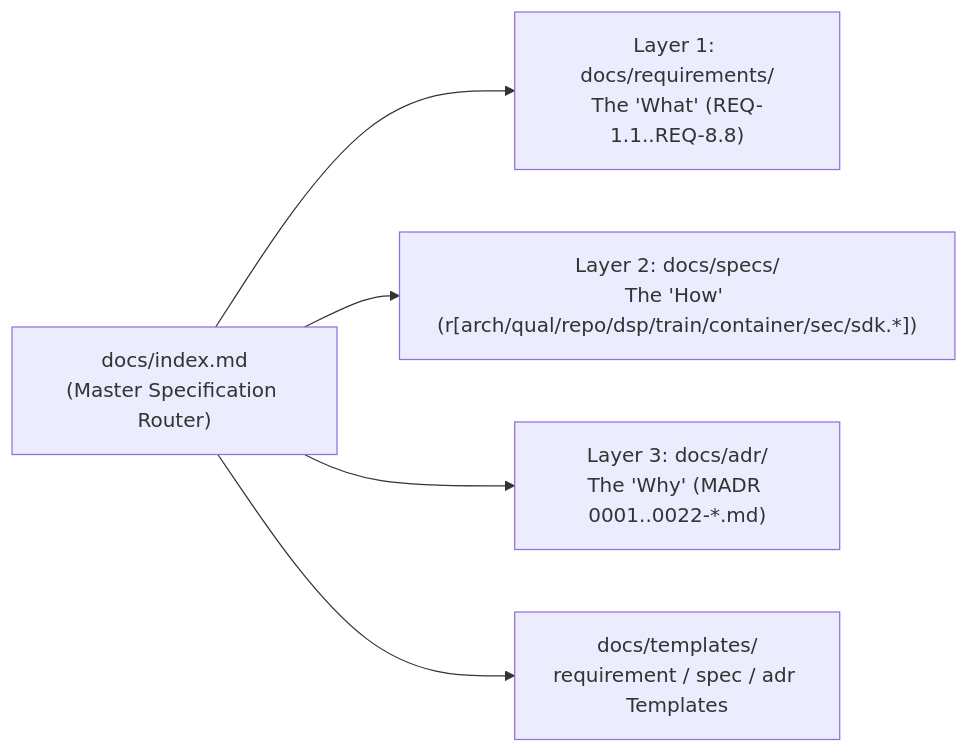
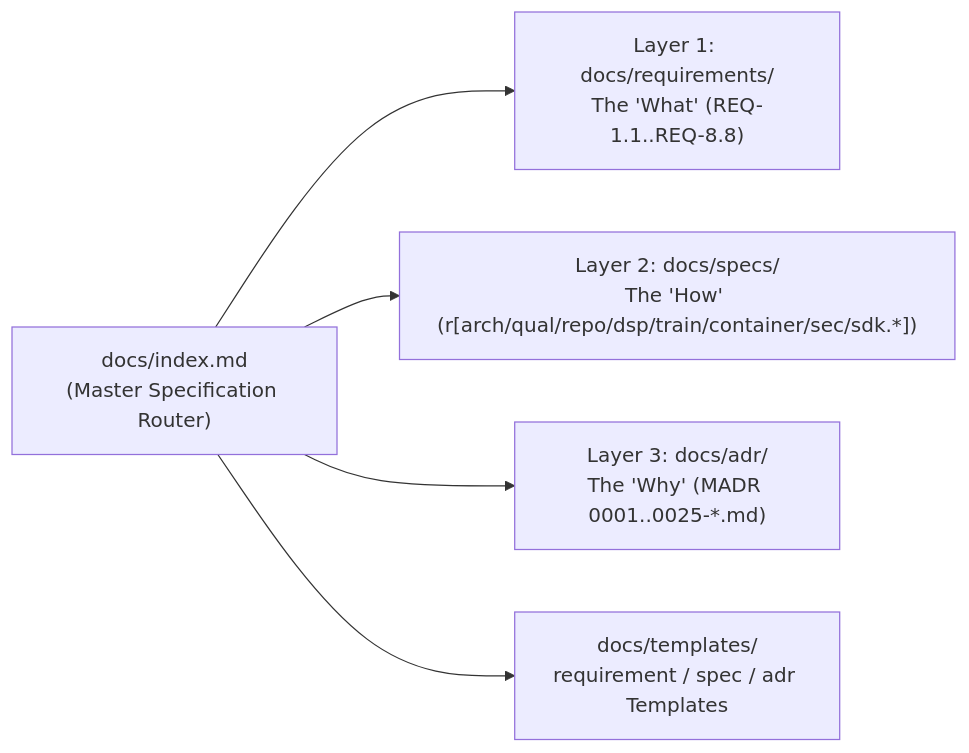
Before and after one commit to mokugen/dnam: the diagram in docs/CONTRIBUTING.md, drawn with Mermaid. The commit also changed other lines of this file and 12 other files, not shown here.

````diff
--- a/docs/CONTRIBUTING.md
+++ b/docs/CONTRIBUTING.md
@@ -25,7 +25,7 @@
 ```mermaid
 flowchart LR
     Idx["docs/index.md<br/>(Master Specification Router)"] --> L1["Layer 1: docs/requirements/<br/>The 'What' (REQ-1.1..REQ-8.8)"]
     Idx --> L2["Layer 2: docs/specs/<br/>The 'How' (r[arch/qual/repo/dsp/train/container/sec/sdk.*])"]
-    Idx --> L3["Layer 3: docs/adr/<br/>The 'Why' (MADR 0001..0022-*.md)"]
+    Idx --> L3["Layer 3: docs/adr/<br/>The 'Why' (MADR 0001..0025-*.md)"]
     Idx --> Tmpl["docs/templates/<br/>requirement / spec / adr Templates"]
 ```
````
